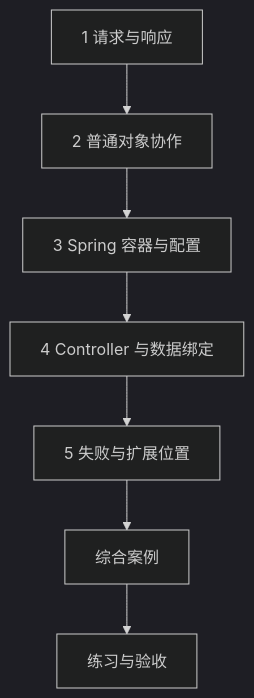
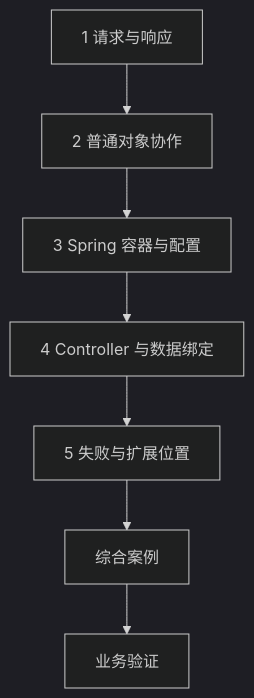
Before and after one commit to Mr-giraff/backend-roadmap: the diagram in docs/03-HTTP与Spring服务开发/README/index.md, drawn with Mermaid (dark theme). The commit also changed other lines of this file and 40 other files, not shown here.

````diff
--- a/docs/03-HTTP与Spring服务开发/README/index.md
+++ b/docs/03-HTTP与Spring服务开发/README/index.md
@@ -25,14 +25,14 @@
 ```mermaid
 flowchart TD
     N0["1 请求与响应"]
     N1["2 普通对象协作"]
     N0 --> N1
     N2["3 Spring 容器与配置"]
     N1 --> N2
     N3["4 Controller 与数据绑定"]
     N2 --> N3
     N4["5 失败与扩展位置"]
     N3 --> N4
     N4 --> C["综合案例"]
-    C --> E["练习与验收"]
+    C --> E["业务验证"]
 ```
````
